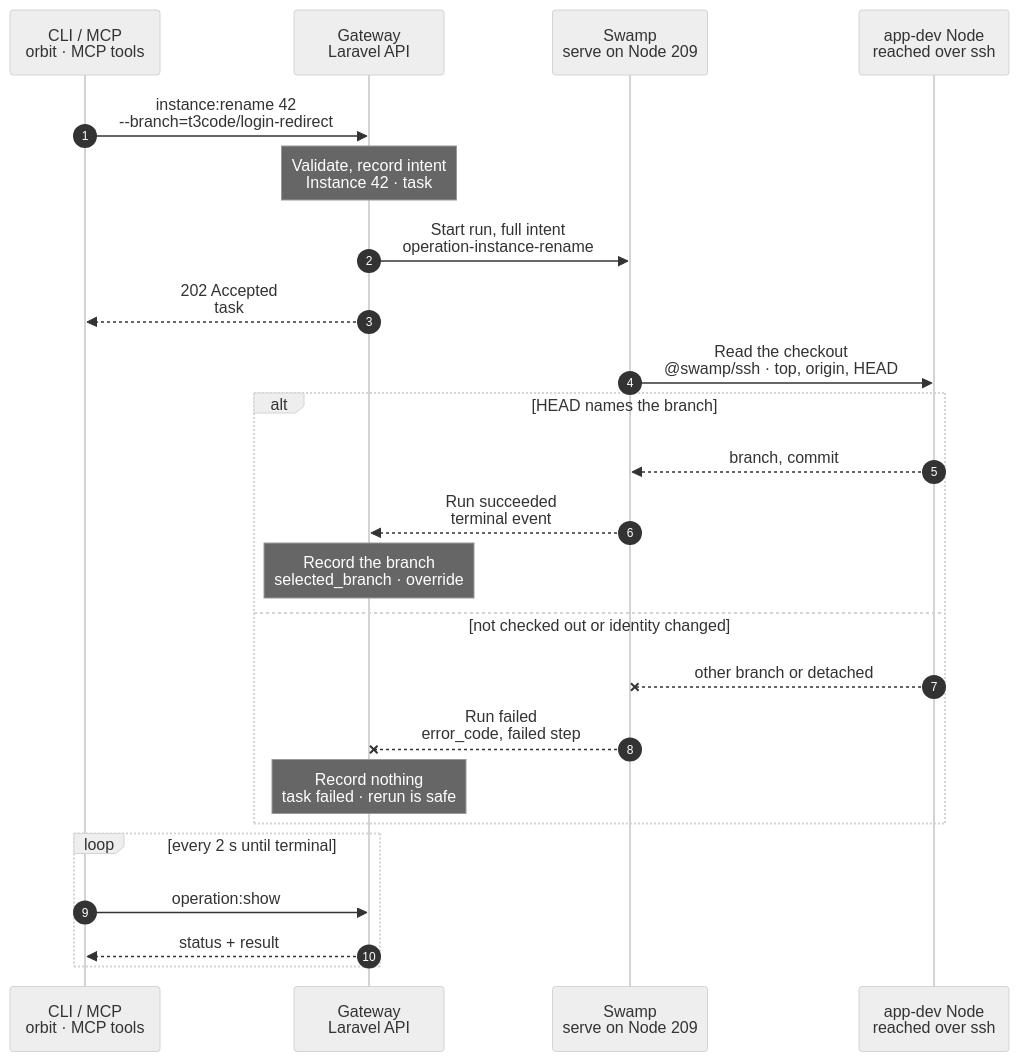
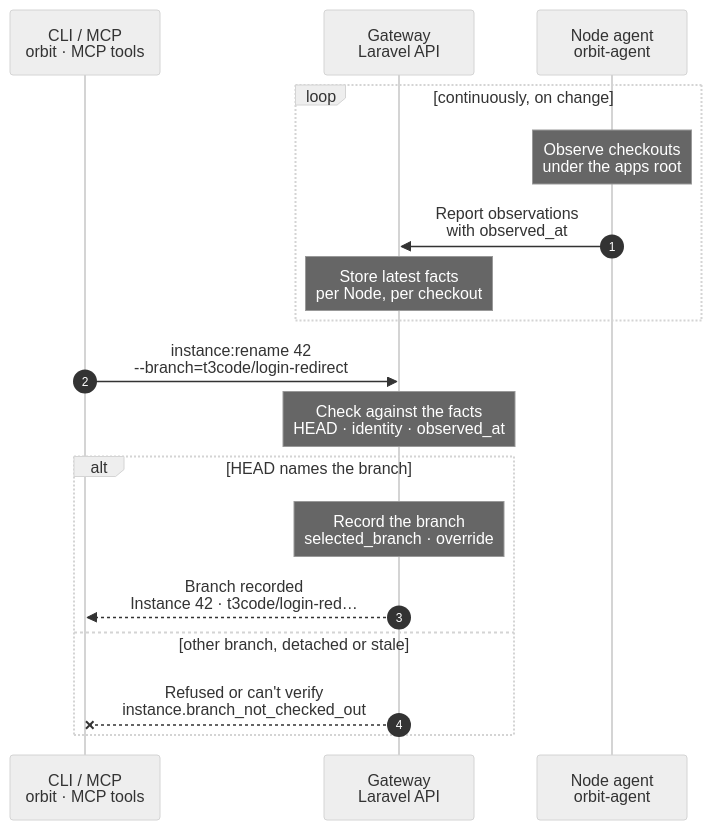
Before and after one commit to hardimpactdev/orbit: the diagram in docs/cli/instance/rename.mmd, drawn with Mermaid (neutral theme).

Commit message:
docs(cli): tighten instance.rename chart

```diff
--- a/docs/cli/instance/rename.mmd
+++ b/docs/cli/instance/rename.mmd
@@ -1,85 +1,76 @@
 sequenceDiagram
-  %% Target design: docs/cli/instance.mdx#orbit-instancerename (Swamp reads the checkout, the Gateway records the branch after success), ADR 0244 task, R2-R4; DECISIONS instance.rename as corrected 2026-11-02 (keep the Swamp read of HEAD; Node agent observations later, in the observer pass); DECISIONS 2 (DNS held).
+  %% Target design: docs/cli/instance.mdx#orbit-instancerename, ADR 0244, R1 record-only; read-only rule (Nick 2026-11-02): the Gateway checks the Node agent's checkout facts, like instance:register.
+  %% Tightened: flow-tighten 2026-11-02, rule 5 (its own example: rename records the branch the Node agent reported, with no run).
+  %% Decided: Nick 2026-11-02, this chart is the ideal record-only flow; no interim port. The current implementation stays until the Node agent observer pass.
   %% status: draft
   %% command: instance:rename
   %% kind: instance.rename
   autonumber
   %% lane CLI icon=terminal pill=caller tone=gray
   %% lane GW icon=gateway pill=intent tone=blue
-  %% lane SW icon=workflow pill=executes tone=green
-  %% lane N icon=server pill=target tone=amber
+  %% lane A icon=server pill=observer tone=amber
   participant CLI as CLI / MCP<br/>orbit · MCP tools
   participant GW as Gateway<br/>Laravel API
-  participant SW as Swamp<br/>serve on Node 209
-  participant N as app-dev Node<br/>reached over ssh
+  participant A as Node agent<br/>orbit-agent
+  loop continuously, on change
+    Note over A: Observe checkouts<br/>under the apps root
+    %%> What it observes:
+    %%> - each Git checkout under `<apps-root>/<project-slug>/<name>`, Instance 42's included
+    %%> - its top level, origin, symbolic `HEAD` and commit
+    %%> Today:
+    %%> - the agent watches only task checkouts, at most 64 per Node; the observer pass adds every Instance checkout, the same facts `instance:register` uses
+    %%> Observer pass:
+    %%> - event-driven, with inotify or FSEvents, on `.git/HEAD`, `refs/heads`, `packed-refs` and each worktree `HEAD`
+    %%> - each Instance `.env`, key names only
+    %%> - a full resync every ~10 minutes and at agent start
+    %%> Until then:
+    %%> - `instance:rename` keeps its current implementation; there is no interim port of this chart
+    %%> Runs as:
+    %%> - read-only; the Node agent never changes a Node
+    A->>GW: Report observations<br/>with observed_at
+    %%> What it sends:
+    %%> - what changed since the last report, with the time it was observed
+    Note over GW: Store latest facts<br/>per Node, per checkout
+    %%> Result:
+    %%> - the Gateway always has a recent picture of the checkouts on each app-dev Node
+  end
   CLI->>GW: instance:rename 42<br/>--branch=t3code/login-redirect
   %%> Command:
   %%> - `orbit instance:rename 42 --branch=t3code/login-redirect`
-  %%> - syntax: `instance:rename <instance> --branch=BRANCH [--idempotency-key=KEY] [--json]`
+  %%> - syntax: `instance:rename <instance> --branch=BRANCH [--json]`
   %%> Input:
   %%> - a local branch you already checked out, for example after `git branch -m t3code/login-redirect`
   %%> Not included:
   %%> - it does not rename the Instance, move its directory or change Git `HEAD`
   %%> - `--domain` returns `operation.kind_unavailable`
-  Note over GW: Validate, record intent<br/>Instance 42 · task #5160
+  Note over GW: Check against the facts<br/>HEAD · identity · observed_at
   %%> Requirements:
   %%> - Instance 42 is an active development checkout on Node 12
   %%> - your Node has an access grant to Node 12
   %%> - the branch is a valid local branch name
-  %%> Result:
-  %%> - task #5160 recorded with the full intent; nothing is recorded on the Instance yet
-  %%> Later:
-  %%> - in the observer pass, the Gateway checks the Node agent's checkout facts and records the branch with no run
-  GW->>SW: Start run, full intent<br/>operation-instance-rename
-  %%> What it does:
-  %%> - starts one Swamp run on serve (Node 209)
-  %%> Inputs:
-  %%> - Node 12's address and SSH host keys; the SSH identity comes from the `swamp` role
-  %%> - the checkout path, its recorded identity and the requested branch
-  GW-->>CLI: 202 Accepted<br/>task #5160
-  %%> What you get:
-  %%> - the task number, at once
-  %%> Next:
-  %%> - the CLI follows the task with `operation:show`
-  SW->>N: Read the checkout<br/>@swamp/ssh · top, origin, HEAD
-  %%> What it does:
-  %%> - checks the checkout's top level, common Git directory, worktrees and origin against its recorded identity
-  %%> - reads symbolic `HEAD` and its commit
-  %%> How:
-  %%> - Git commands run with hooks and filesystem monitors off, with no origin access
-  %%> Not included:
-  %%> - changes nothing on the Node; a dirty or unpublished branch can be recorded
+  %%> Checks in the agent's latest report:
+  %%> - symbolic `HEAD` of Instance 42's checkout names `t3code/login-redirect`
+  %%> - the checkout still matches its recorded top level and origin
+  %%> - the report is fresh enough to trust
+  %%> Not needed:
+  %%> - no Swamp run and no SSH: the fact is already recorded (R1)
   alt HEAD names the branch
-    N-->>SW: branch, commit
-    %%> Returns:
-    %%> - the checked-out branch and its commit
-    SW-->>GW: Run succeeded<br/>terminal event
-    %%> How the Gateway learns it:
-    %%> - its shared run reader sees the terminal event; Swamp never calls the Gateway
     Note over GW: Record the branch<br/>selected_branch · override
     %%> Result:
     %%> - `selected_branch` and `branch_override` of Instance 42 become `t3code/login-redirect`
     %%> - recording the already recorded branch keeps its existing override
-    %%> - task #5160 succeeds
-  else not checked out or identity changed
-    N--xSW: other branch or detached
+    %%> - a dirty or unpublished branch can be recorded
+    GW-->>CLI: Branch recorded<br/>Instance 42 · t3code/login-red…
+    %%> What you get:
+    %%> - the final result at once; there is nothing to follow
+  else other branch, detached or stale
+    GW--xCLI: Refused or can't verify<br/>instance.branch_not_checked_out
     %%> When:
     %%> - symbolic `HEAD` names another branch or is detached
     %%> - or the checkout no longer matches its recorded identity
-    SW--xGW: Run failed<br/>error_code, failed step
-    %%> The Gateway reads:
-    %%> - which step failed and its error code
-    Note over GW: Record nothing<br/>task failed · rerun is safe
+    %%> - or the latest report is too old: the refusal says it can't verify
     %%> Result:
-    %%> - Instance 42 keeps its recorded branch; task #5160 fails
+    %%> - Instance 42 keeps its recorded branch; nothing is recorded
     %%> Retry:
-    %%> - check out the branch, then run `instance:rename` again; it is a new task
+    %%> - check out the branch, wait for the next agent report, then run `instance:rename` again
   end
-  loop every 2 s until terminal
-    CLI->>GW: operation:show #5160
-    %%> What it does:
-    %%> - asks for the task's status every 2 seconds until it has ended
-    GW-->>CLI: status + result
-    %%> Returns:
-    %%> - the current status, and the result once the task has ended
-  end
```
